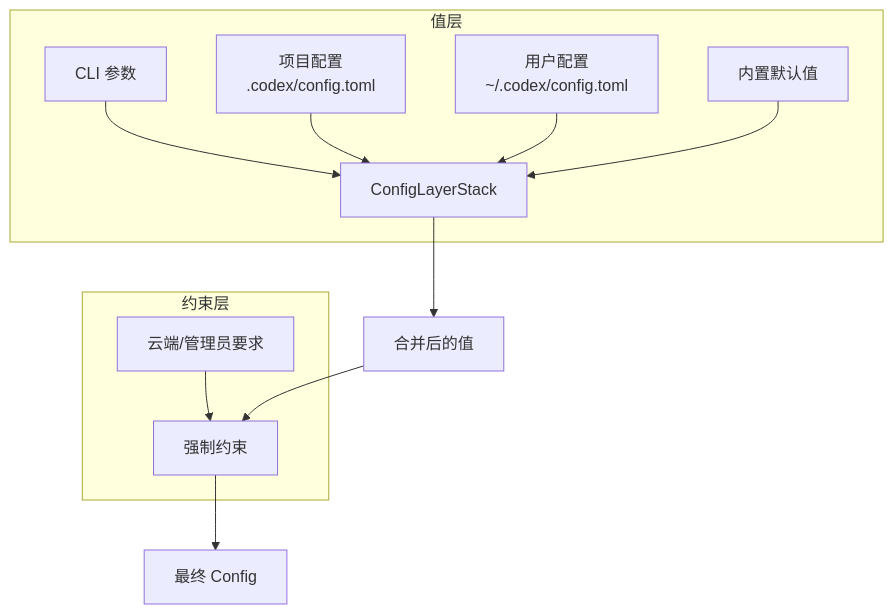
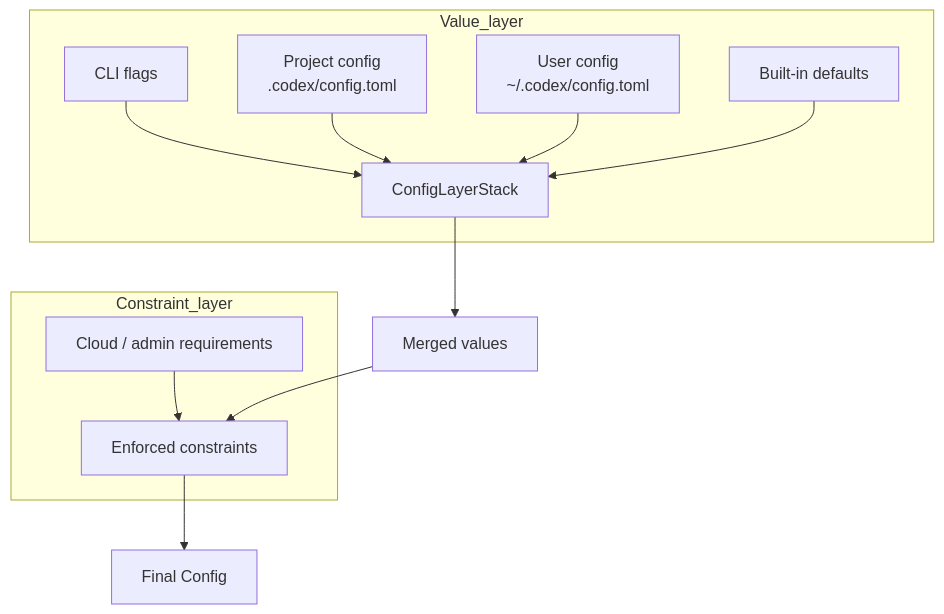
The diagram in wiki/11-config-system.md (yibn2008/learn-codex), drawn with Mermaid before and after one commit. The commit also changed other lines of this file and 32 other files, not shown here.

````diff
--- a/wiki/11-config-system.md
+++ b/wiki/11-config-system.md
@@ -27,17 +29,17 @@
 ```mermaid
 graph TD
-    subgraph 值层
-        CLI[CLI 参数] --> MERGE[ConfigLayerStack]
-        PROJ[项目配置<br/>.codex/config.toml] --> MERGE
-        USER[用户配置<br/>~/.codex/config.toml] --> MERGE
-        DEF[内置默认值] --> MERGE
+    subgraph Value_layer
+        CLI[CLI flags] --> MERGE[ConfigLayerStack]
+        PROJ[Project config<br/>.codex/config.toml] --> MERGE
+        USER[User config<br/>~/.codex/config.toml] --> MERGE
+        DEF[Built-in defaults] --> MERGE
     end
 
-    subgraph 约束层
-        CLOUD[云端/管理员要求] --> CONSTRAIN[强制约束]
+    subgraph Constraint_layer
+        CLOUD[Cloud / admin requirements] --> CONSTRAIN[Enforced constraints]
     end
 
-    MERGE --> CONFIG[合并后的值]
+    MERGE --> CONFIG[Merged values]
     CONFIG --> CONSTRAIN
-    CONSTRAIN --> FINAL[最终 Config]
+    CONSTRAIN --> FINAL[Final Config]
 ```
````
